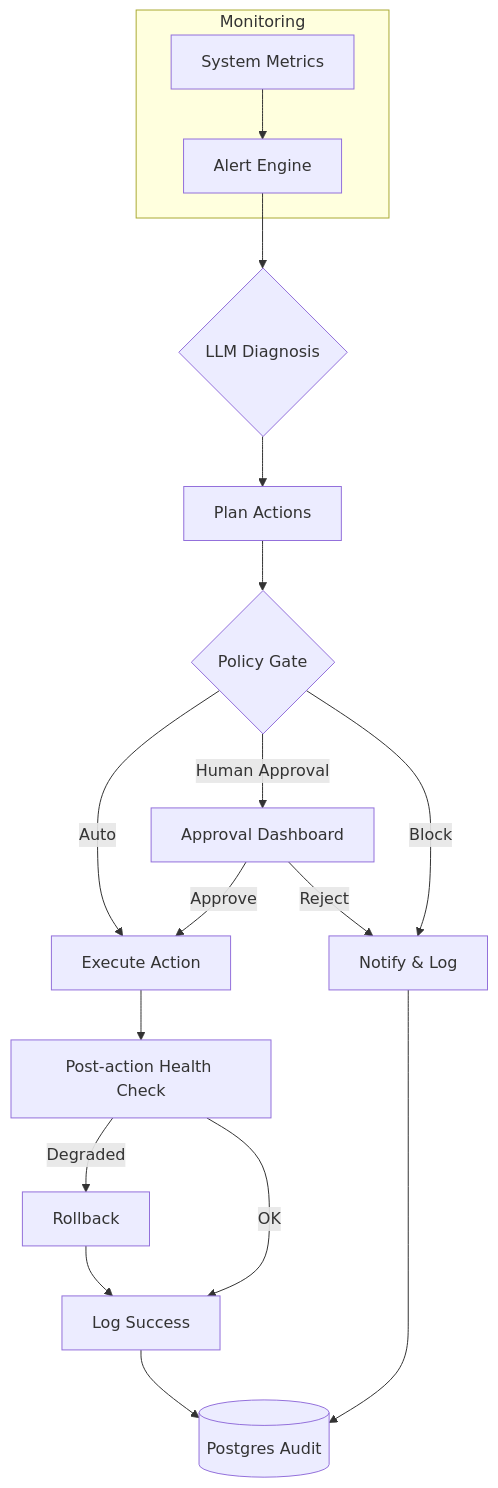
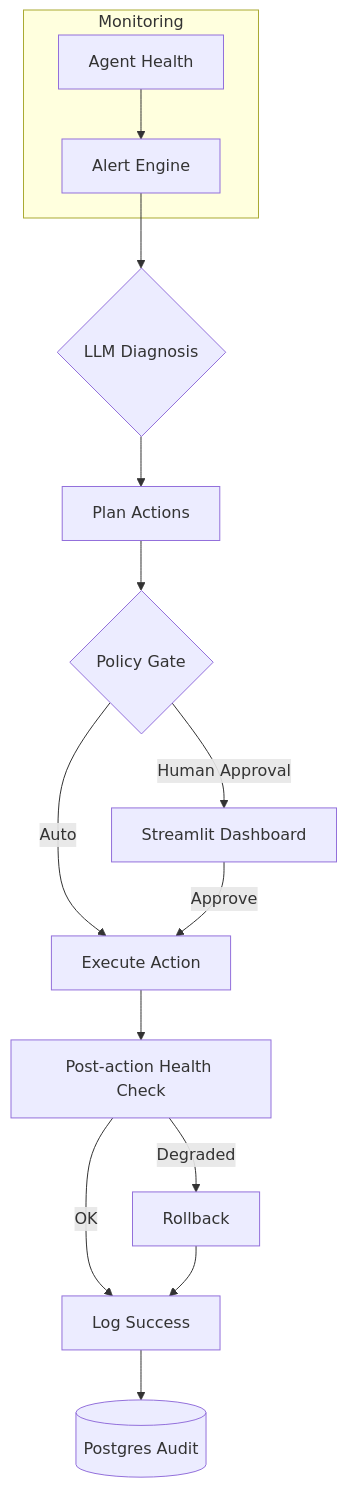
The diagram in README.md (GBOYEE/aiopsx), drawn with Mermaid before and after one commit. The commit also changed other lines of this file, not shown here.

````diff
--- a/README.md
+++ b/README.md
@@ -53,20 +39,17 @@
 ```mermaid
 flowchart TD
     subgraph "Monitoring"
-        A[System Metrics] --> B[Alert Engine]
+        A[Agent Health] --> B[Alert Engine]
     end
     B --> C{LLM Diagnosis}
     C --> D[Plan Actions]
     D --> E{Policy Gate}
     E -->|Auto| F[Execute Action]
-    E -->|Human Approval| G[Approval Dashboard]
-    E -->|Block| H[Notify & Log]
+    E -->|Human Approval| G[Streamlit Dashboard]
     G -->|Approve| F
-    G -->|Reject| H
-    F --> I[Post‑action Health Check]
-    I -->|Degraded| J[Rollback]
-    I -->|OK| K[Log Success]
-    J --> K
-    K --> L[(Postgres Audit)]
-    H --> L
+    F --> H[Post-action Health Check]
+    H -->|Degraded| I[Rollback]
+    H -->|OK| J[Log Success]
+    I --> J
+    J --> K[(Postgres Audit)]
 ```
````
